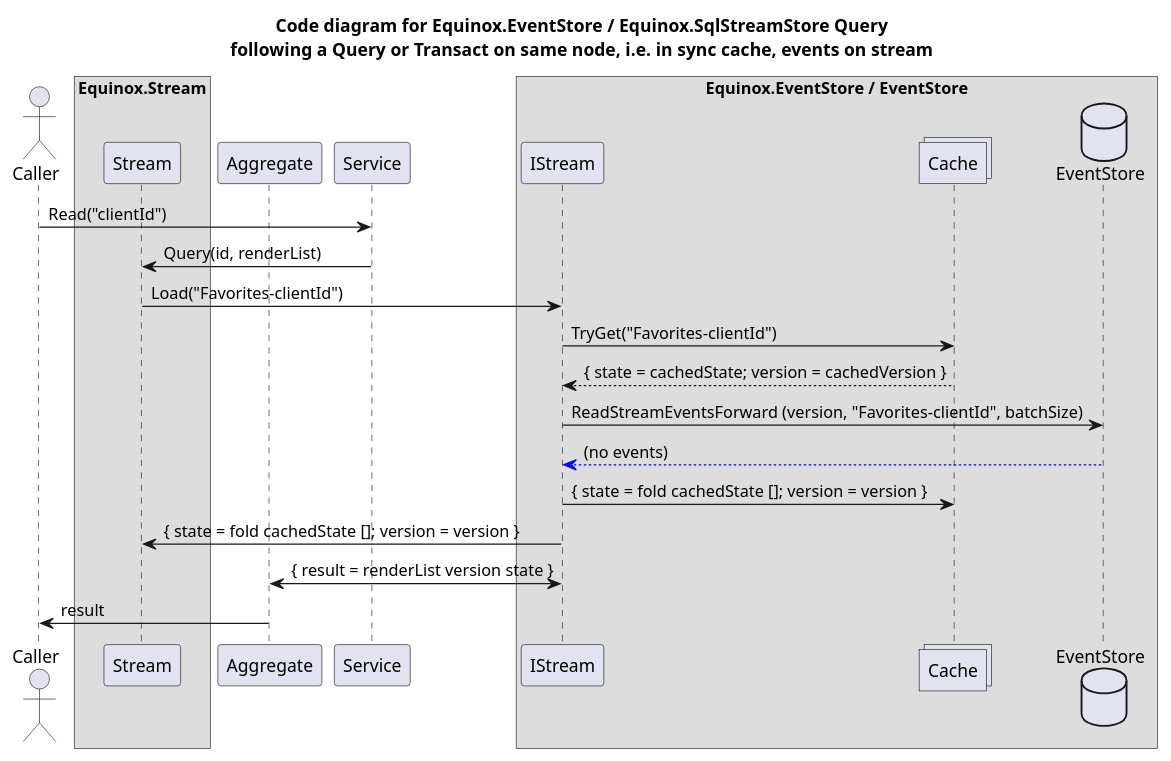
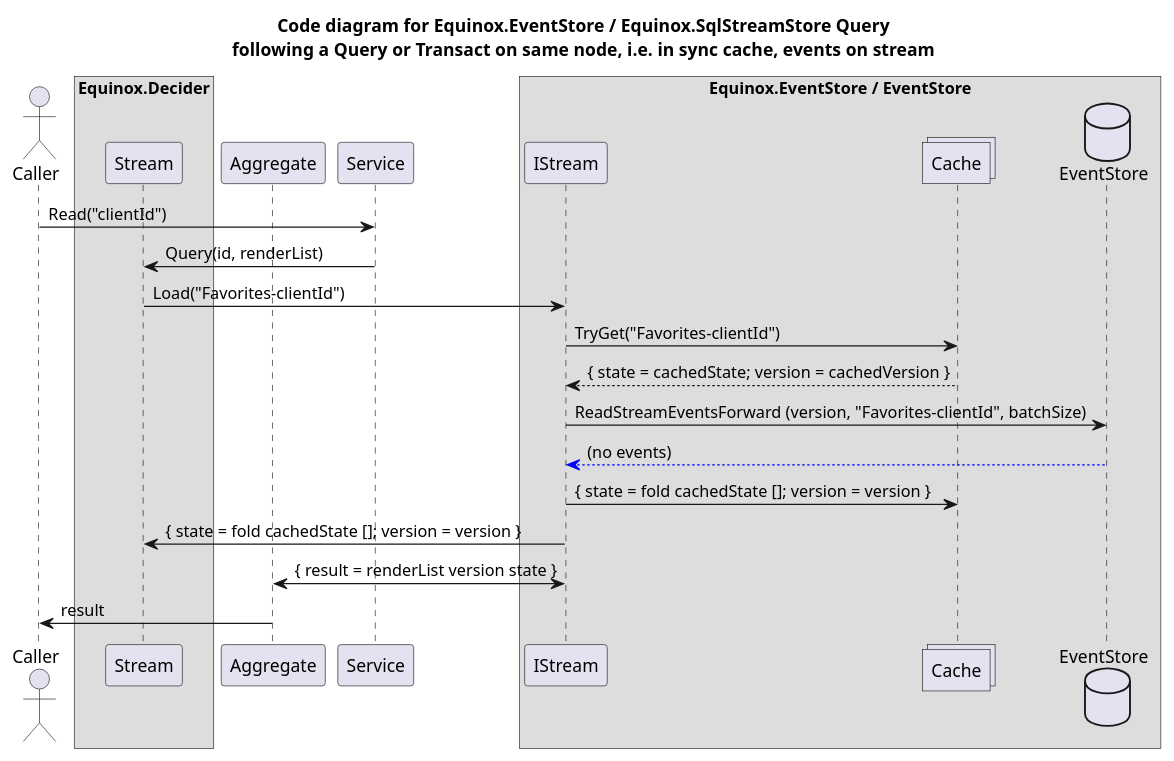
The third of 4 diagrams in diagrams/EventStoreCode.puml (jet/equinox), drawn with PlantUML before and after one commit. The commit also changed other lines of this file and 28 other files, not shown here.

Commit message:
Stream -> Decider

```diff
--- a/diagrams/EventStoreCode.puml
+++ b/diagrams/EventStoreCode.puml
@@ -100,29 +100,29 @@
 @startuml
 title Code diagram for Equinox.EventStore / Equinox.SqlStreamStore Query\nfollowing a Query or Transact on same node, i.e. in sync cache, events on stream
 
 actor Caller order 20
-box "Equinox.Stream"
+box "Equinox.Decider"
     participant Stream order 40
 end box
 participant Aggregate order 50
 participant Service order 60
 box "Equinox.EventStore / EventStore"
   participant IStream order 80
   collections Cache order 90
   database EventStore order 100
 end box
 
 actor Caller
 Caller -> Service: Read("clientId")
 participant Aggregate
 Service -> Stream: Query(id, renderList)
 Stream -> IStream: Load("Favorites-clientId")
 IStream -> Cache: TryGet("Favorites-clientId")
 Cache --> IStream: { state = cachedState; version = cachedVersion }
 IStream -> EventStore: ReadStreamEventsForward (version, "Favorites-clientId", batchSize)
 EventStore -[#blue]-> IStream: (no events)
 IStream -> Cache: { state = fold cachedState []; version = version }
 IStream -> Stream: { state = fold cachedState []; version = version }
 Aggregate <-> IStream: { result = renderList version state }
 Aggregate -> Caller: result
 @enduml
```
